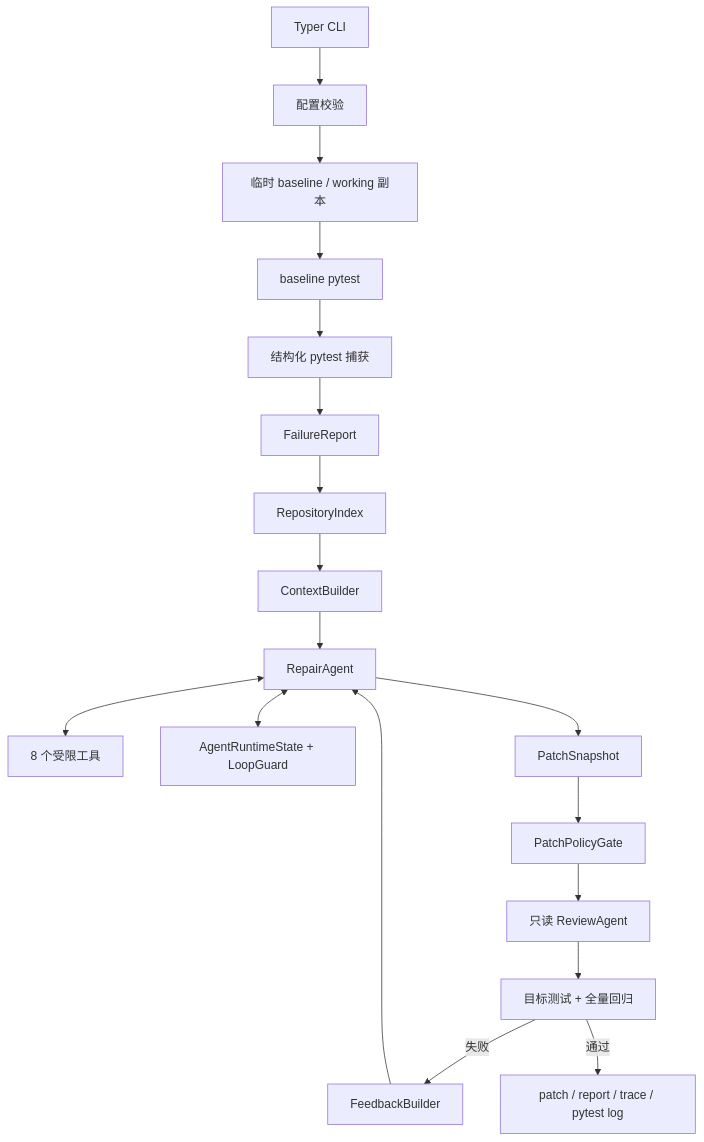
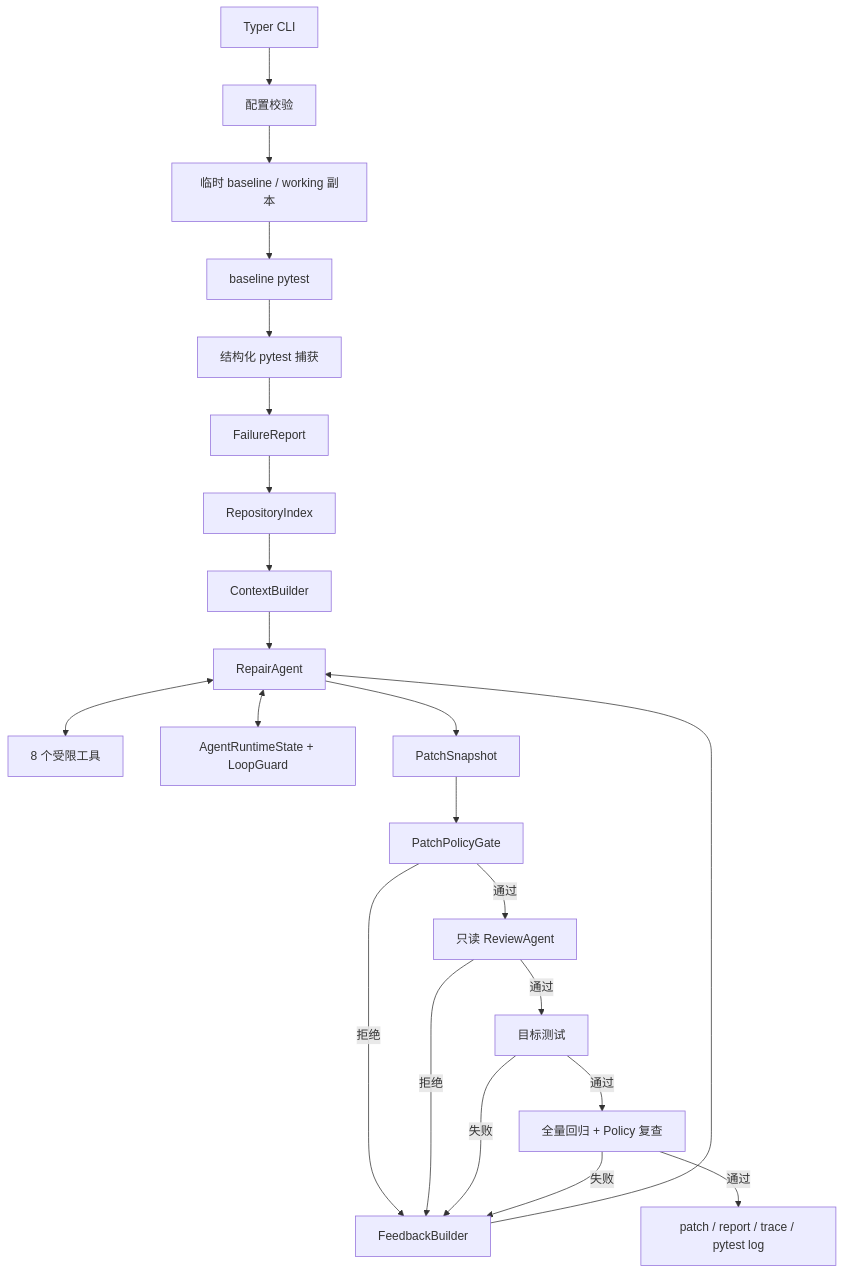
The diagram in docs/architecture.md (JerryWu-gith/pyrepair-agent), drawn with Mermaid before and after one commit. The commit also changed other lines of this file and 5 other files, not shown here.

````diff
--- a/docs/architecture.md
+++ b/docs/architecture.md
@@ -7,20 +7,24 @@
 ```mermaid
 flowchart TD
     CLI["Typer CLI"] --> CFG["配置校验"]
     CFG --> WS["临时 baseline / working 副本"]
     WS --> BASE["baseline pytest"]
     BASE --> CAP["结构化 pytest 捕获"]
     CAP --> PARSE["FailureReport"]
     PARSE --> INDEX["RepositoryIndex"]
     INDEX --> CONTEXT["ContextBuilder"]
     CONTEXT --> REPAIR["RepairAgent"]
     REPAIR <--> TOOLS["8 个受限工具"]
     REPAIR <--> STATE["AgentRuntimeState + LoopGuard"]
     REPAIR --> SNAP["PatchSnapshot"]
     SNAP --> POLICY["PatchPolicyGate"]
-    POLICY --> REVIEW["只读 ReviewAgent"]
-    REVIEW --> VERIFY["目标测试 + 全量回归"]
-    VERIFY -->|失败| FEEDBACK["FeedbackBuilder"]
+    POLICY -->|通过| REVIEW["只读 ReviewAgent"]
+    POLICY -->|拒绝| FEEDBACK["FeedbackBuilder"]
+    REVIEW -->|通过| TARGET["目标测试"]
+    REVIEW -->|拒绝| FEEDBACK
+    TARGET -->|通过| FULL["全量回归 + Policy 复查"]
+    TARGET -->|失败| FEEDBACK
+    FULL -->|失败| FEEDBACK
     FEEDBACK --> REPAIR
-    VERIFY -->|通过| ARTIFACTS["patch / report / trace / pytest log"]
+    FULL -->|通过| ARTIFACTS["patch / report / trace / pytest log"]
 ```
````
